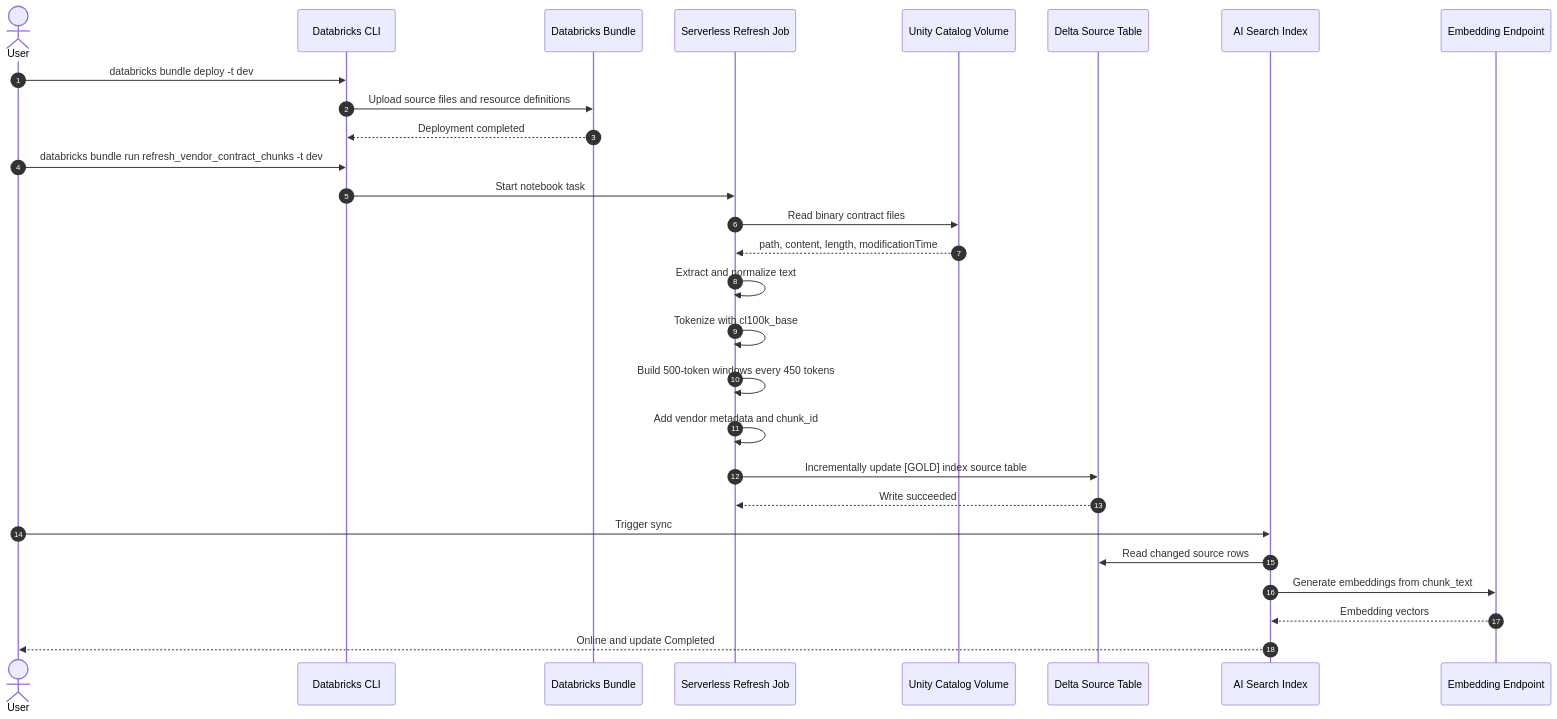
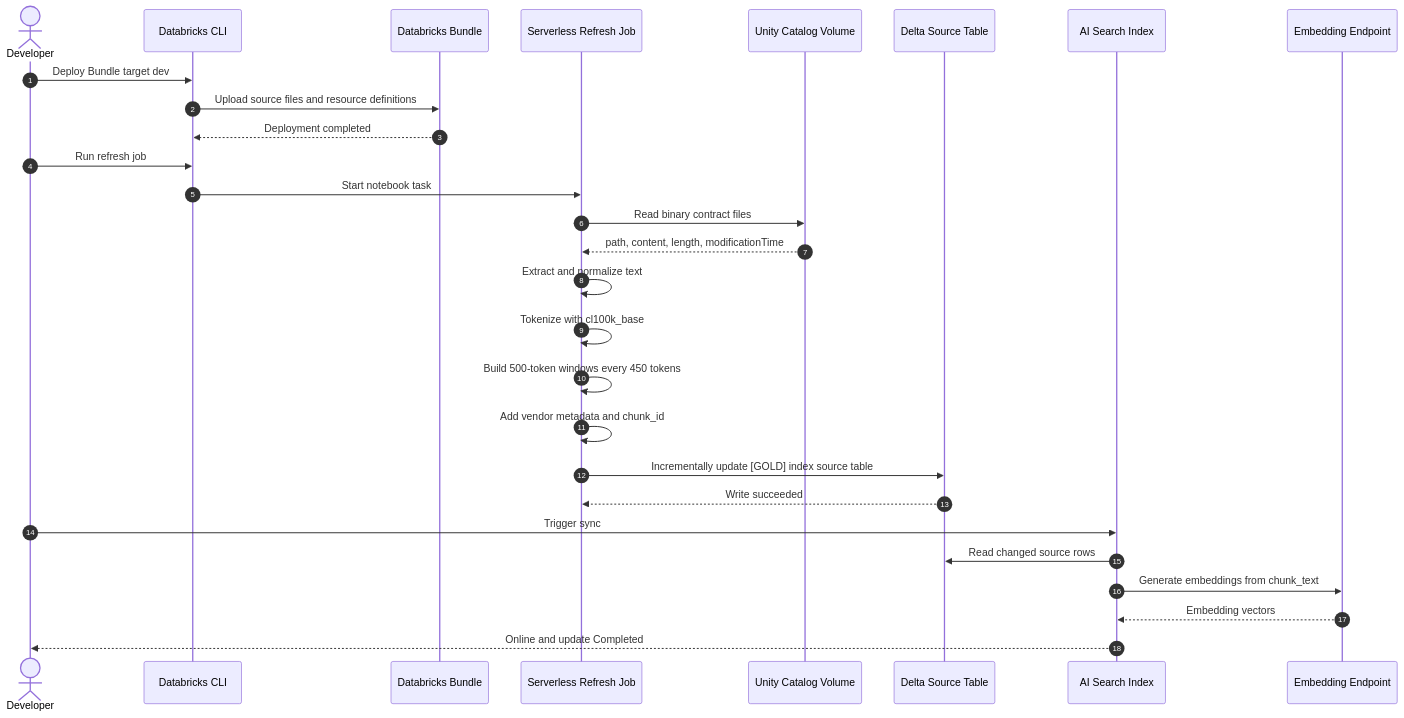
The first of 2 diagrams in docs/03-technical-execution-walkthrough.md (arvinddhasmana/dbai), drawn with Mermaid before and after one commit. The commit also changed other lines of this file and 18 other files, not shown here.

````diff
--- a/docs/03-technical-execution-walkthrough.md
+++ b/docs/03-technical-execution-walkthrough.md
@@ -5,31 +5,31 @@
 ```mermaid
 sequenceDiagram
     autonumber
-    actor User
+    actor Developer
     participant CLI as Databricks CLI
     participant Bundle as Databricks Bundle
     participant Job as Serverless Refresh Job
     participant Volume as Unity Catalog Volume
     participant Delta as Delta Source Table
     participant Index as AI Search Index
     participant Embed as Embedding Endpoint
 
-    User->>CLI: databricks bundle deploy -t dev
+    Developer->>CLI: Deploy Bundle target dev
     CLI->>Bundle: Upload source files and resource definitions
     Bundle-->>CLI: Deployment completed
-    User->>CLI: databricks bundle run refresh_vendor_contract_chunks -t dev
+    Developer->>CLI: Run refresh job
     CLI->>Job: Start notebook task
     Job->>Volume: Read binary contract files
     Volume-->>Job: path, content, length, modificationTime
     Job->>Job: Extract and normalize text
     Job->>Job: Tokenize with cl100k_base
     Job->>Job: Build 500-token windows every 450 tokens
     Job->>Job: Add vendor metadata and chunk_id
     Job->>Delta: Incrementally update [GOLD] index source table
     Delta-->>Job: Write succeeded
-    User->>Index: Trigger sync
+    Developer->>Index: Trigger sync
     Index->>Delta: Read changed source rows
     Index->>Embed: Generate embeddings from chunk_text
     Embed-->>Index: Embedding vectors
-    Index-->>User: Online and update Completed
+    Index-->>Developer: Online and update Completed
 ```
````
